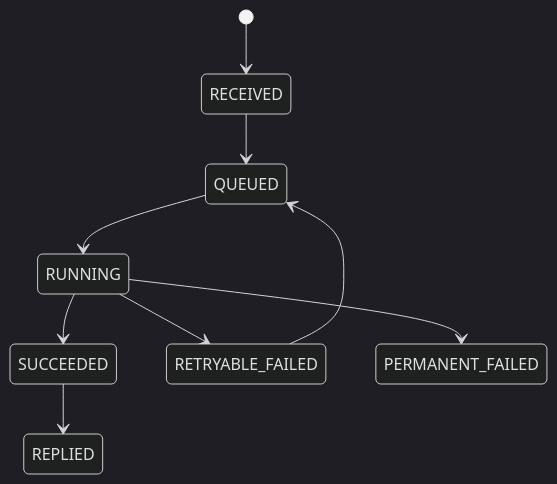
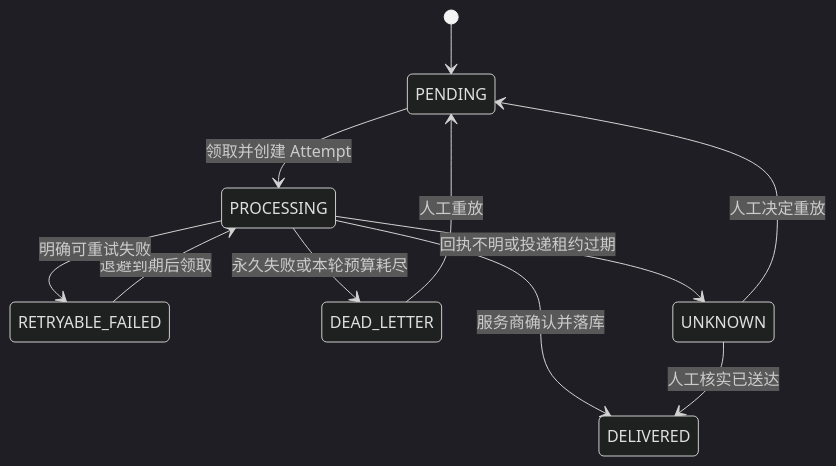
The second of 2 diagrams in docs/存储表结构设计.md (Eternally72/trpc-agent-service), drawn with Mermaid (dark theme) before and after one commit. The commit also changed other lines of this file and 38 other files, not shown here.

````diff
--- a/docs/存储表结构设计.md
+++ b/docs/存储表结构设计.md
@@ -206,11 +100,13 @@
 ```mermaid
 stateDiagram-v2
-    [*] --> RECEIVED
-    RECEIVED --> QUEUED
-    QUEUED --> RUNNING
-    RUNNING --> SUCCEEDED
-    RUNNING --> RETRYABLE_FAILED
-    RETRYABLE_FAILED --> QUEUED
-    RUNNING --> PERMANENT_FAILED
-    SUCCEEDED --> REPLIED
+    [*] --> PENDING
+    PENDING --> PROCESSING: 领取并创建 Attempt
+    RETRYABLE_FAILED --> PROCESSING: 退避到期后领取
+    PROCESSING --> DELIVERED: 服务商确认并落库
+    PROCESSING --> RETRYABLE_FAILED: 明确可重试失败
+    PROCESSING --> DEAD_LETTER: 永久失败或本轮预算耗尽
+    PROCESSING --> UNKNOWN: 回执不明或投递租约过期
+    UNKNOWN --> DELIVERED: 人工核实已送达
+    UNKNOWN --> PENDING: 人工决定重放
+    DEAD_LETTER --> PENDING: 人工重放
 ```
````
